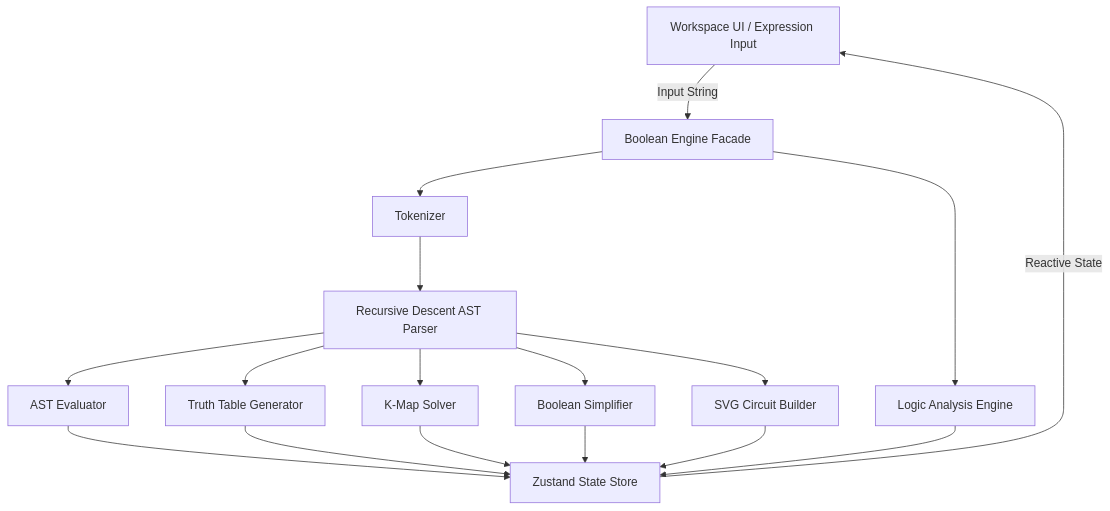
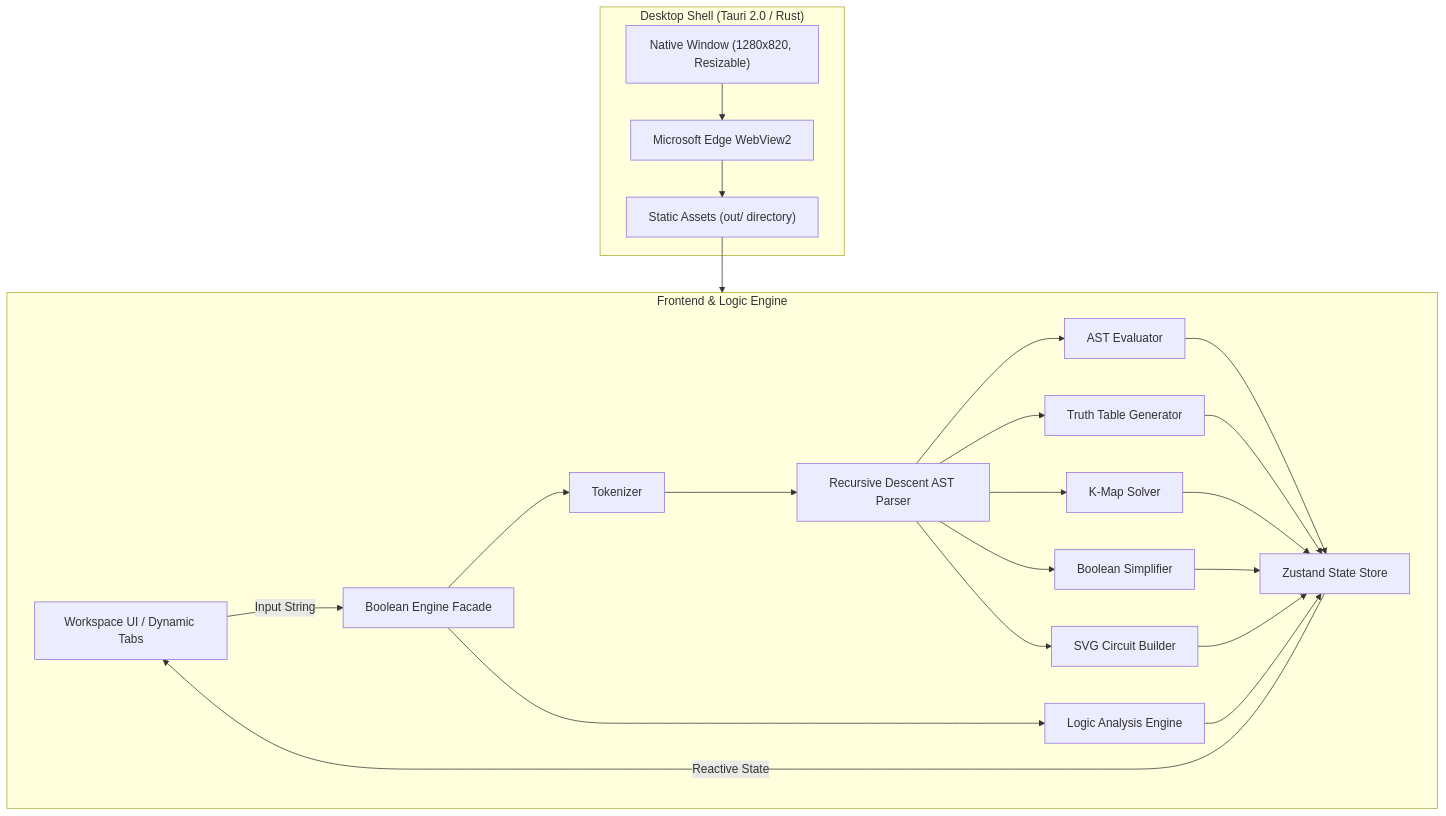
The diagram in docs/ARCHITECTURE.md (rajas2007/BoolStudio), drawn with Mermaid before and after one commit. The commit also changed other lines of this file and 34 other files, not shown here.

Commit message:
Plan migration from Next.js website to optimized Tauri desktop application

````diff
--- a/docs/ARCHITECTURE.md
+++ b/docs/ARCHITECTURE.md
@@ -6,19 +8,31 @@
 ```mermaid
 graph TD
-    UI[Workspace UI / Expression Input] --> |Input String| Engine[Boolean Engine Facade]
-    Engine --> Tokenizer[Tokenizer]
-    Tokenizer --> Parser[Recursive Descent AST Parser]
-    Parser --> Evaluator[AST Evaluator]
-    Parser --> TT[Truth Table Generator]
-    Parser --> KMap[K-Map Solver]
-    Parser --> Simp[Boolean Simplifier]
-    Parser --> Circuit[SVG Circuit Builder]
-    Engine --> Analysis[Logic Analysis Engine]
-    Evaluator --> Store[Zustand State Store]
-    TT --> Store
-    KMap --> Store
-    Simp --> Store
-    Circuit --> Store
-    Analysis --> Store
-    Store --> |Reactive State| UI
+    subgraph DesktopShell["Desktop Shell (Tauri 2.0 / Rust)"]
+        NativeWindow["Native Window (1280x820, Resizable)"]
+        WebView["Microsoft Edge WebView2"]
+        StaticBundle["Static Assets (out/ directory)"]
+        NativeWindow --> WebView
+        WebView --> StaticBundle
+    end
+
+    subgraph CoreFrontend["Frontend & Logic Engine"]
+        UI[Workspace UI / Dynamic Tabs] --> |Input String| Engine[Boolean Engine Facade]
+        Engine --> Tokenizer[Tokenizer]
+        Tokenizer --> Parser[Recursive Descent AST Parser]
+        Parser --> Evaluator[AST Evaluator]
+        Parser --> TT[Truth Table Generator]
+        Parser --> KMap[K-Map Solver]
+        Parser --> Simp[Boolean Simplifier]
+        Parser --> Circuit[SVG Circuit Builder]
+        Engine --> Analysis[Logic Analysis Engine]
+        Evaluator --> Store[Zustand State Store]
+        TT --> Store
+        KMap --> Store
+        Simp --> Store
+        Circuit --> Store
+        Analysis --> Store
+        Store --> |Reactive State| UI
+    end
+
+    StaticBundle --> CoreFrontend
 ```
````
